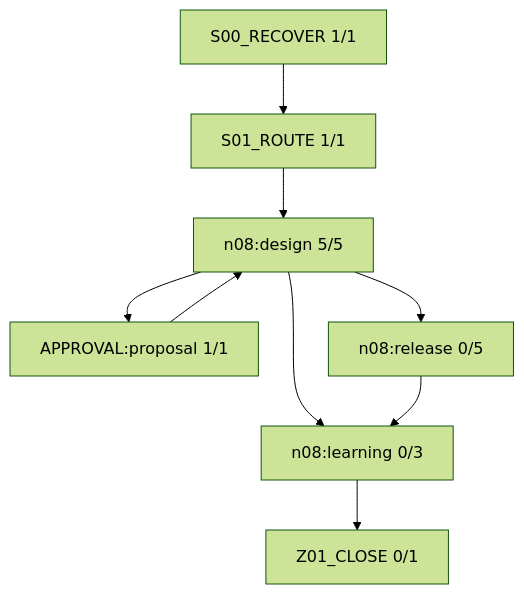
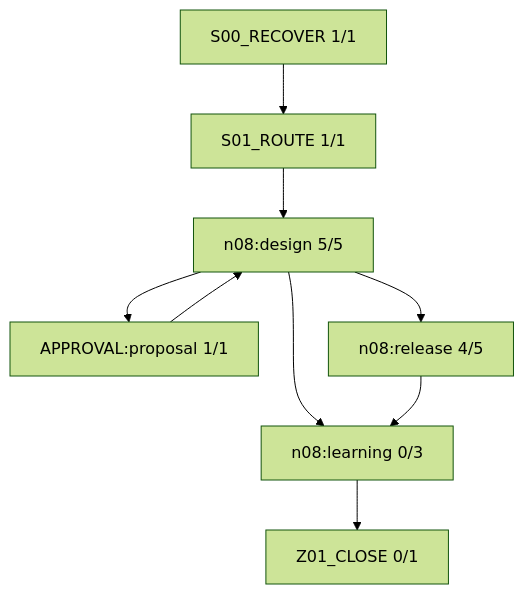
One commit to rrikunagasige-dot/kyotsu-step-web changed the diagram in work/items/W-MATH-039-n08-grouped-transformations/generated/FIRE_DIAGRAM.md. Above: the diagram before and after it, drawn with Mermaid (forest theme). The commit also changed other lines of this file and 168 other files, not shown here.

````diff
--- a/work/items/W-MATH-039-n08-grouped-transformations/generated/FIRE_DIAGRAM.md
+++ b/work/items/W-MATH-039-n08-grouped-transformations/generated/FIRE_DIAGRAM.md
@@ -5,18 +5,18 @@
 ```mermaid
 flowchart TD
   N0["S00_RECOVER 1/1"]
   N1["S01_ROUTE 1/1"]
   N2["n08:design 5/5"]
   N3["APPROVAL:proposal 1/1"]
-  N4["n08:release 0/5"]
+  N4["n08:release 4/5"]
   N5["n08:learning 0/3"]
   N6["Z01_CLOSE 0/1"]
   N3 --> N2
   N0 --> N1
   N1 --> N2
   N2 --> N3
   N2 --> N5
   N2 --> N4
   N5 --> N6
   N4 --> N5
 ```
````
